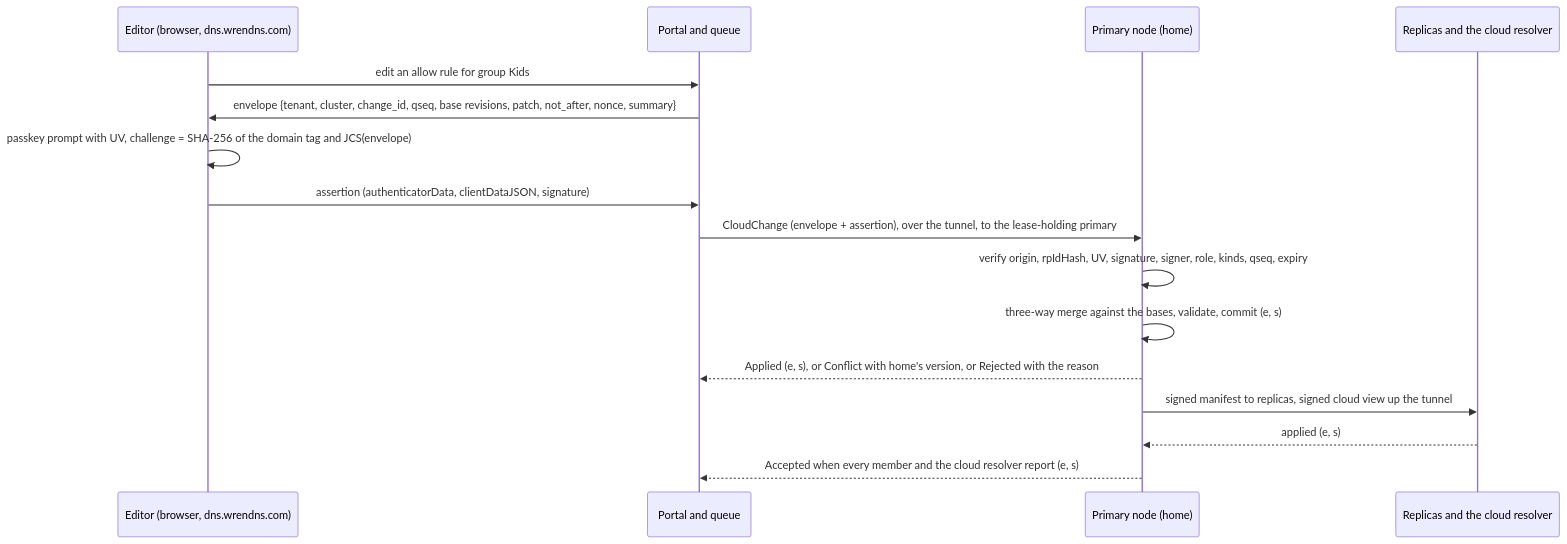
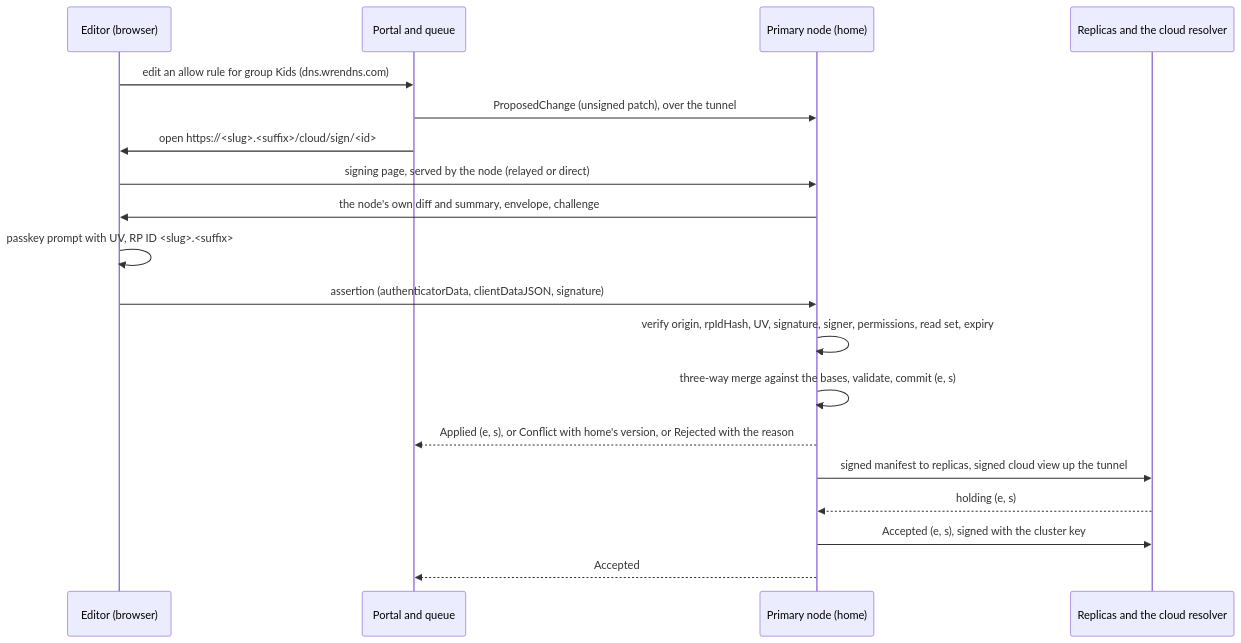
The second of 2 diagrams in docs/design/hosted.md (nbacheller/wrendns), drawn with Mermaid before and after one commit. The commit also changed other lines of this file and 3 other files, not shown here.

````diff
--- a/docs/design/hosted.md
+++ b/docs/design/hosted.md
@@ -246,18 +256,21 @@
 ```mermaid
 sequenceDiagram
-  participant E as Editor (browser, dns.wrendns.com)
+  participant E as Editor (browser)
   participant P as Portal and queue
   participant N as Primary node (home)
   participant R as Replicas and the cloud resolver
-  E->>P: edit an allow rule for group Kids
-  P->>E: envelope {tenant, cluster, change_id, qseq, base revisions, patch, not_after, nonce, summary}
-  E->>E: passkey prompt with UV, challenge = SHA-256 of the domain tag and JCS(envelope)
-  E->>P: assertion (authenticatorData, clientDataJSON, signature)
-  P->>N: CloudChange (envelope + assertion), over the tunnel, to the lease-holding primary
-  N->>N: verify origin, rpIdHash, UV, signature, signer, role, kinds, qseq, expiry
+  E->>P: edit an allow rule for group Kids (dns.wrendns.com)
+  P->>N: ProposedChange (unsigned patch), over the tunnel
+  P->>E: open https://<slug>.<suffix>/cloud/sign/<id>
+  E->>N: signing page, served by the node (relayed or direct)
+  N->>E: the node's own diff and summary, envelope, challenge
+  E->>E: passkey prompt with UV, RP ID <slug>.<suffix>
+  E->>N: assertion (authenticatorData, clientDataJSON, signature)
+  N->>N: verify origin, rpIdHash, UV, signature, signer, permissions, read set, expiry
   N->>N: three-way merge against the bases, validate, commit (e, s)
   N-->>P: Applied (e, s), or Conflict with home's version, or Rejected with the reason
   N->>R: signed manifest to replicas, signed cloud view up the tunnel
-  R-->>N: applied (e, s)
-  N-->>P: Accepted when every member and the cloud resolver report (e, s)
+  R-->>N: holding (e, s)
+  N->>R: Accepted (e, s), signed with the cluster key
+  N-->>P: Accepted
 ```
````
